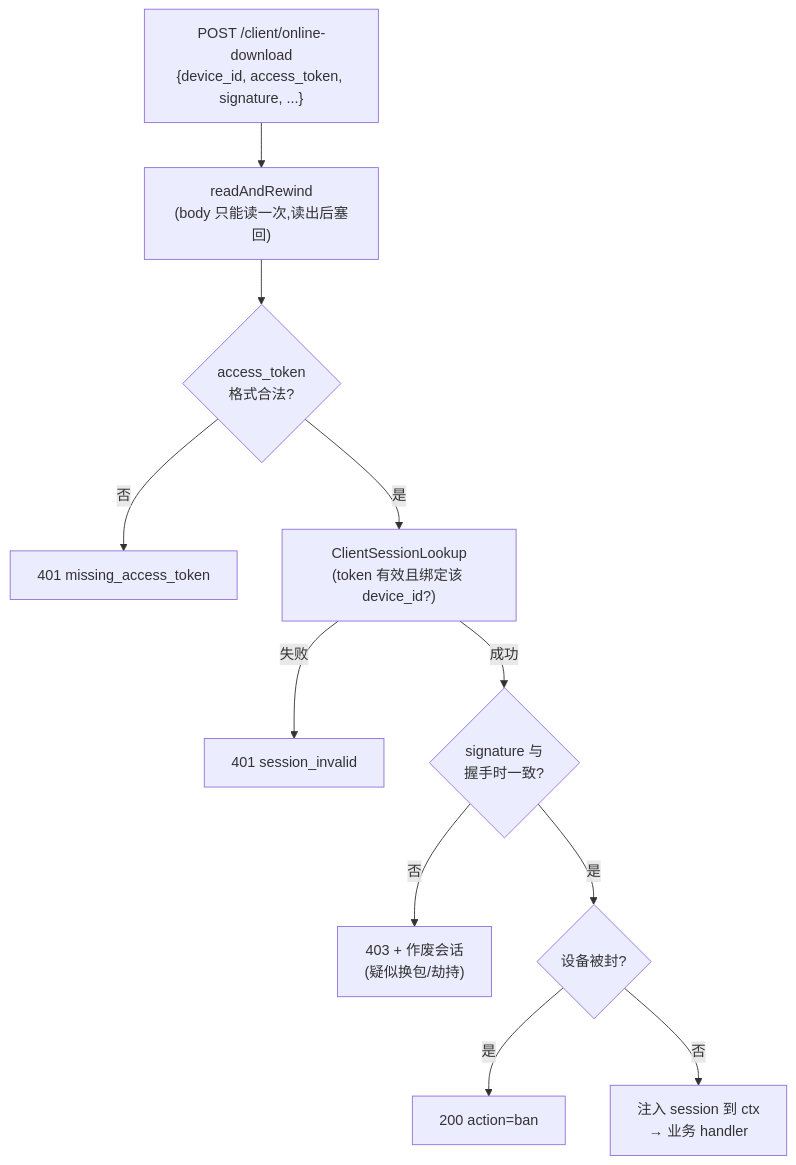
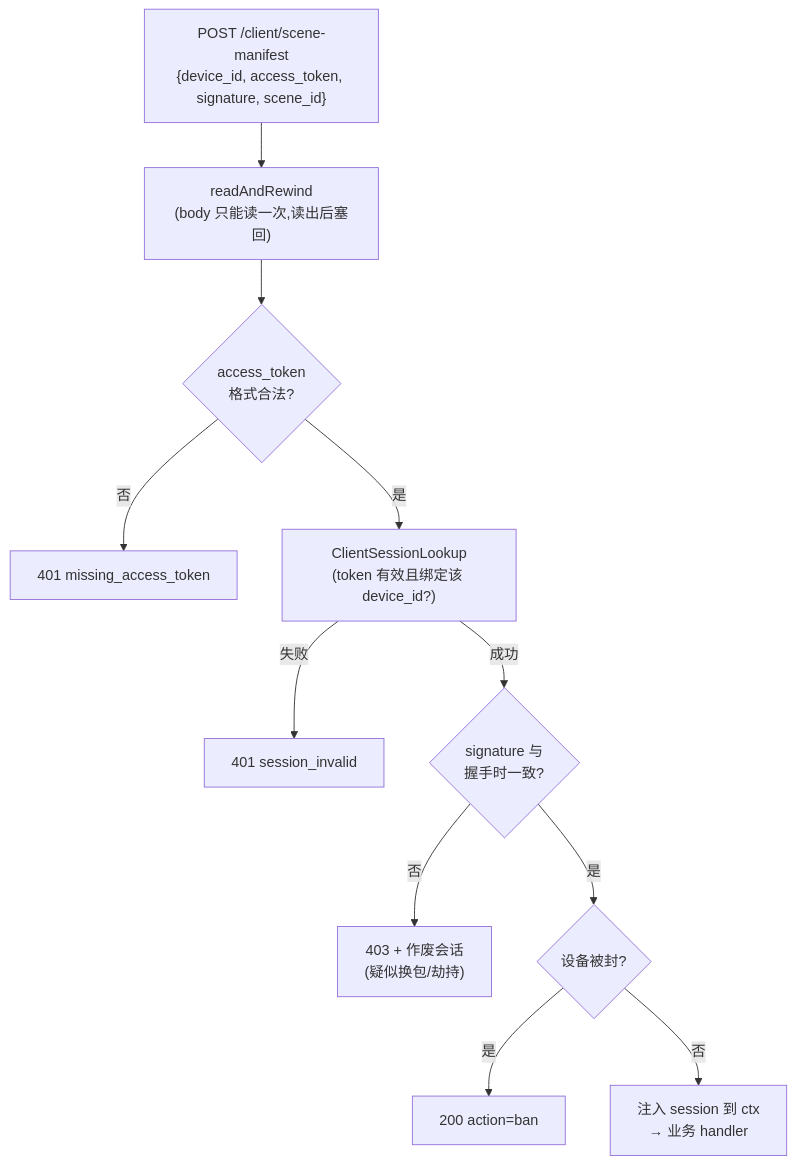
One commit to MagirecoCN-Revival-Project/magireco-cnv-server changed the fourth of 4 diagrams in docs/architecture/request-lifecycle.md. Above: the diagram before and after it, drawn with Mermaid. The commit also changed other lines of this file and 32 other files, not shown here.

````diff
--- a/docs/architecture/request-lifecycle.md
+++ b/docs/architecture/request-lifecycle.md
@@ -97,14 +100,14 @@
 ```mermaid
 flowchart TB
-    REQ["POST /client/online-download<br/>{device_id, access_token, signature, ...}"]
+    REQ["POST /client/scene-manifest<br/>{device_id, access_token, signature, scene_id}"]
     REQ --> RW["readAndRewind<br/>(body 只能读一次,读出后塞回)"]
     RW --> WF{access_token<br/>格式合法?}
     WF -->|否| E1["401 missing_access_token"]
     WF -->|是| LK["ClientSessionLookup<br/>(token 有效且绑定该 device_id?)"]
     LK -->|失败| E2["401 session_invalid"]
     LK -->|成功| SIG{signature 与<br/>握手时一致?}
     SIG -->|否| E3["403 + 作废会话<br/>(疑似换包/劫持)"]
     SIG -->|是| BAN{设备被封?}
     BAN -->|是| E4["200 action=ban"]
     BAN -->|否| OK["注入 session 到 ctx<br/>→ 业务 handler"]
 ```
````
